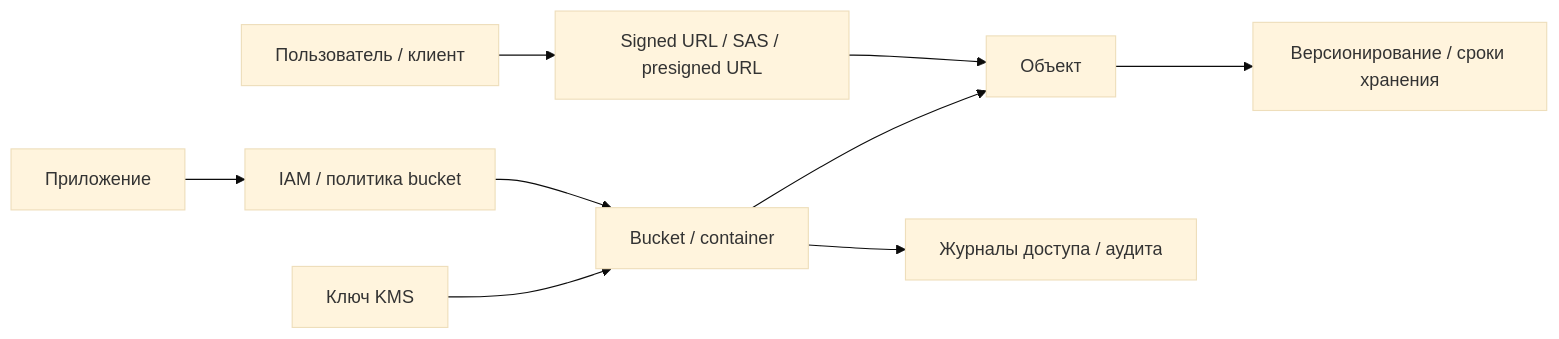
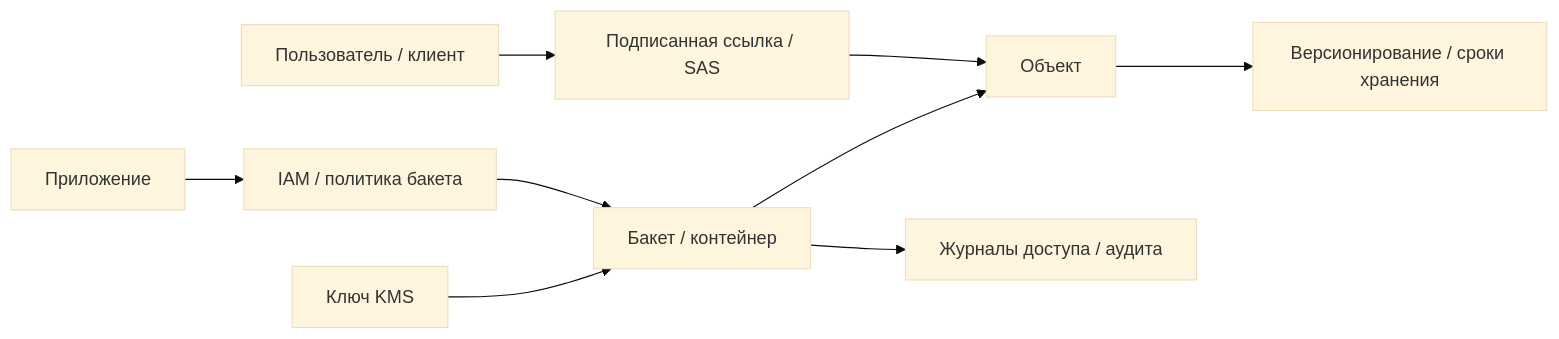
Diagram 15 of 17 in reference/infrastructure-technologies/infrastructure-technologies.ru.md (defrixx/defrixx.github.io), drawn with Mermaid (base theme) before and after one commit. The commit also changed other lines of this file and 149 other files, not shown here.

````diff
--- a/reference/infrastructure-technologies/infrastructure-technologies.ru.md
+++ b/reference/infrastructure-technologies/infrastructure-technologies.ru.md
@@ -921,11 +1134,11 @@
 ```mermaid
 flowchart LR
-  App["Приложение"] --> IAM["IAM / политика bucket"]
-  IAM --> Bucket["Bucket / container"]
-  User["Пользователь / клиент"] --> SignedURL["Signed URL / SAS / presigned URL"]
+  App["Приложение"] --> IAM["IAM / политика бакета"]
+  IAM --> Bucket["Бакет / контейнер"]
+  User["Пользователь / клиент"] --> SignedURL["Подписанная ссылка / SAS"]
   SignedURL --> Object["Объект"]
   Bucket --> Object
   Object --> Versioning["Версионирование / сроки хранения"]
   Bucket --> Logs["Журналы доступа / аудита"]
   KMS["Ключ KMS"] --> Bucket
 ```
````
